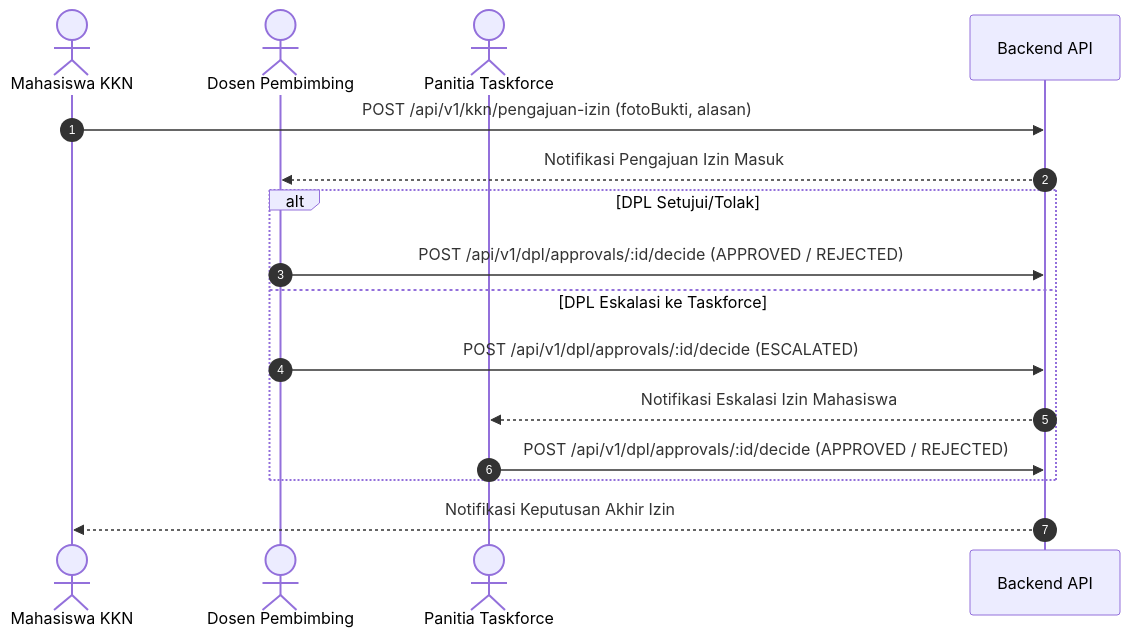
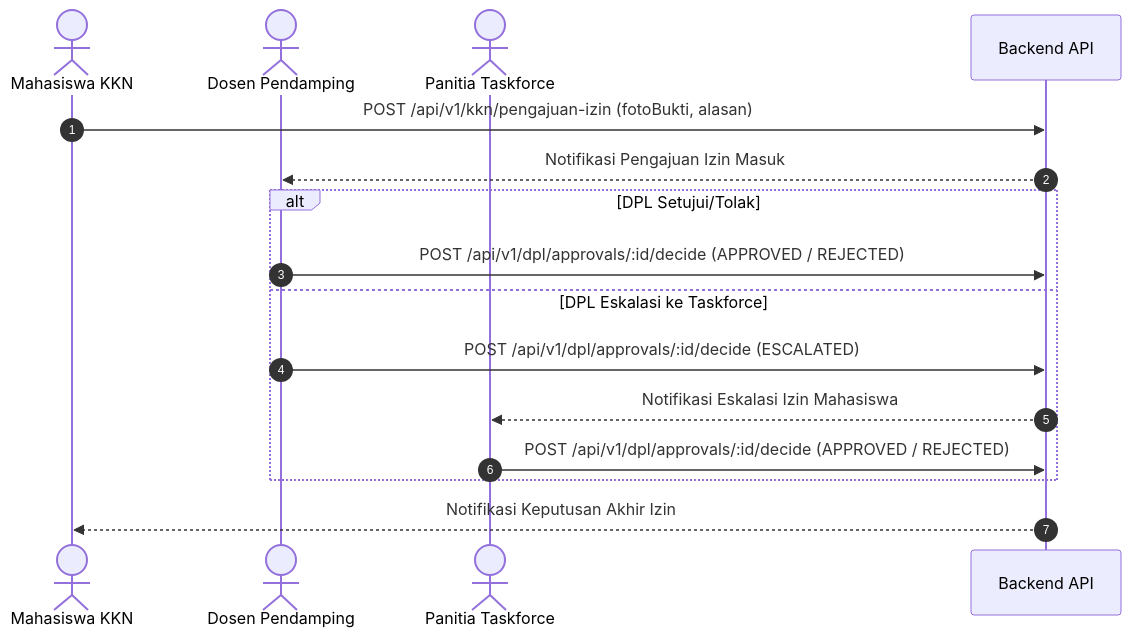
The first of 2 diagrams in docs/MAPPING_ROLE_FEATURE_REQUIREMENT_KKN.md (JexyDev/Pilah-Sampah-Cerdas), drawn with Mermaid before and after one commit. The commit also changed other lines of this file and 43 other files, not shown here.

Commit message:
refactor: standardize DPL naming to Dosen Pendamping Lapangan across web, api, and docs

````diff
--- a/docs/MAPPING_ROLE_FEATURE_REQUIREMENT_KKN.md
+++ b/docs/MAPPING_ROLE_FEATURE_REQUIREMENT_KKN.md
@@ -213,19 +186,19 @@
 ```mermaid
 sequenceDiagram
     autonumber
     actor MHS as Mahasiswa KKN
-    actor DPL as Dosen Pembimbing
+    actor DPL as Dosen Pendamping
     actor TF as Panitia Taskforce
     participant API as Backend API
 
     MHS->>API: POST /api/v1/kkn/pengajuan-izin (fotoBukti, alasan)
     API-->>DPL: Notifikasi Pengajuan Izin Masuk
     alt DPL Setujui/Tolak
         DPL->>API: POST /api/v1/dpl/approvals/:id/decide (APPROVED / REJECTED)
     else DPL Eskalasi ke Taskforce
         DPL->>API: POST /api/v1/dpl/approvals/:id/decide (ESCALATED)
         API-->>TF: Notifikasi Eskalasi Izin Mahasiswa
         TF->>API: POST /api/v1/dpl/approvals/:id/decide (APPROVED / REJECTED)
     end
     API-->>MHS: Notifikasi Keputusan Akhir Izin
 ```
````
